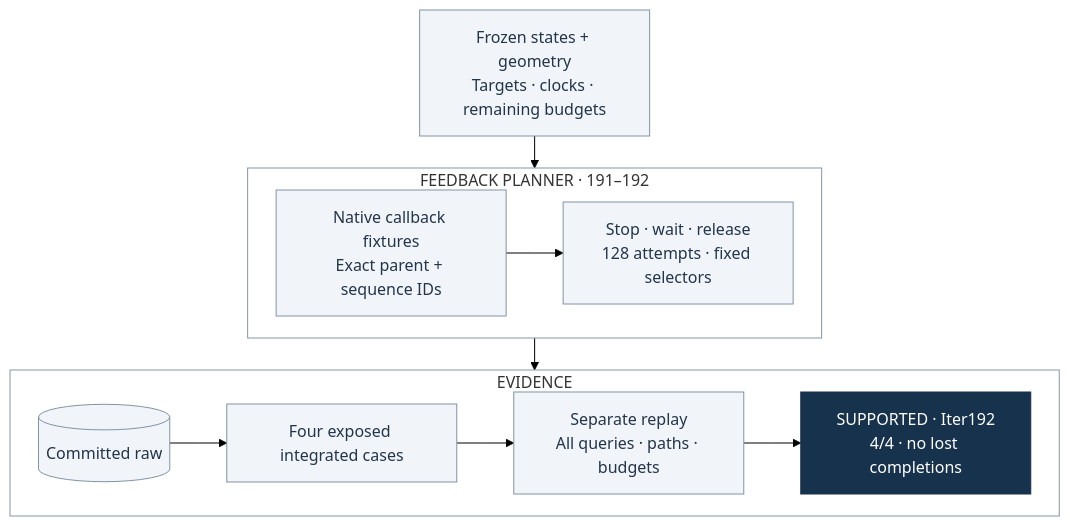
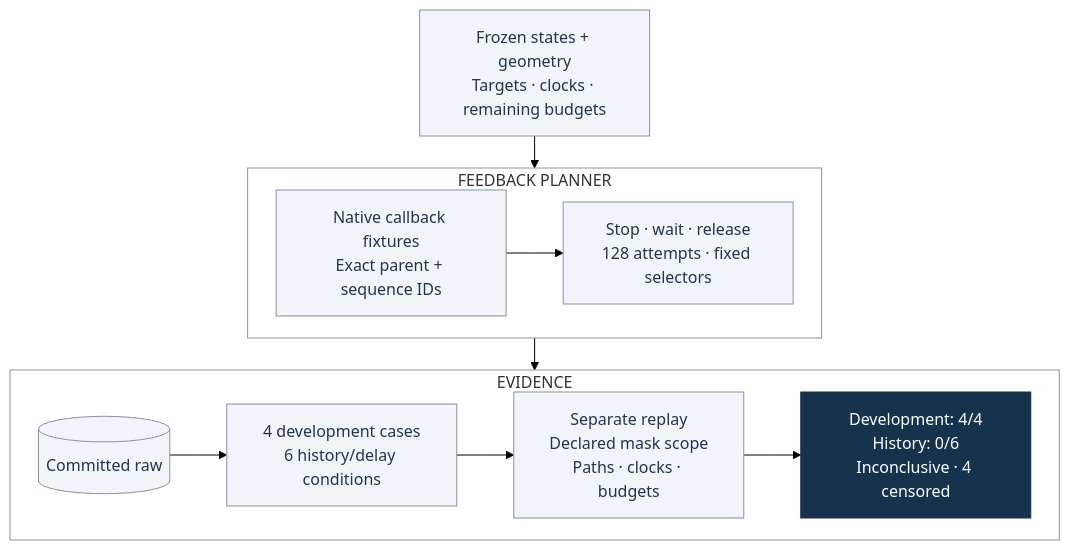
Before and after one commit to manfromnowhere143/sentinel: the first of 10 diagrams in docs/ARCHITECTURE.md, drawn with Mermaid (forest theme). The commit also changed other lines of this file and 48 other files, not shown here.

Commit message:
Close history-delay evidence and preserve the partial recovery boundary

````diff
--- a/docs/ARCHITECTURE.md
+++ b/docs/ARCHITECTURE.md
@@ -17,29 +17,29 @@
 ```mermaid
 ---
 config:
   flowchart:
     curve: linear
     nodeSpacing: 24
     wrappingWidth: 170
     rankSpacing: 32
 ---
 flowchart TB
   accTitle: Qualified feedback planner and separate intervention boundary
-  accDescr: Four exposed integrated cases pass; actual-history recovery remains a separate test.
+  accDescr: Development completion and history recovery are separate populations and claims.
   S["Frozen states + geometry<br/>Targets · clocks · remaining budgets"]
-  subgraph P["FEEDBACK PLANNER · 191–192"]
+  subgraph P["FEEDBACK PLANNER"]
     direction LR
     R["Native callback fixtures<br/>Exact parent + sequence IDs"] --> C["Stop · wait · release<br/>128 attempts · fixed selectors"]
   end
   S --> P
   subgraph E["EVIDENCE"]
     direction LR
-    D[("Committed raw")] --> Q["Four exposed integrated cases"] --> V["Separate replay<br/>All queries · paths · budgets"] --> A["SUPPORTED · Iter192<br/>4/4 · no lost completions"]
+    D[("Committed raw")] --> Q["4 development cases<br/>6 history/delay conditions"] --> V["Separate replay<br/>Declared mask scope<br/>Paths · clocks · budgets"] --> A["Development: 4/4<br/>History: 0/6<br/>Inconclusive · 4 censored"]
   end
   P --> E
   classDef default fill:#f1f5f9,stroke:#8293a6,color:#23354a;
   classDef focus fill:#17324d,stroke:#17324d,color:#fff;
   class A focus;
   style P fill:transparent,stroke:#8595a5
   style E fill:transparent,stroke:#8595a5
 ```
````
